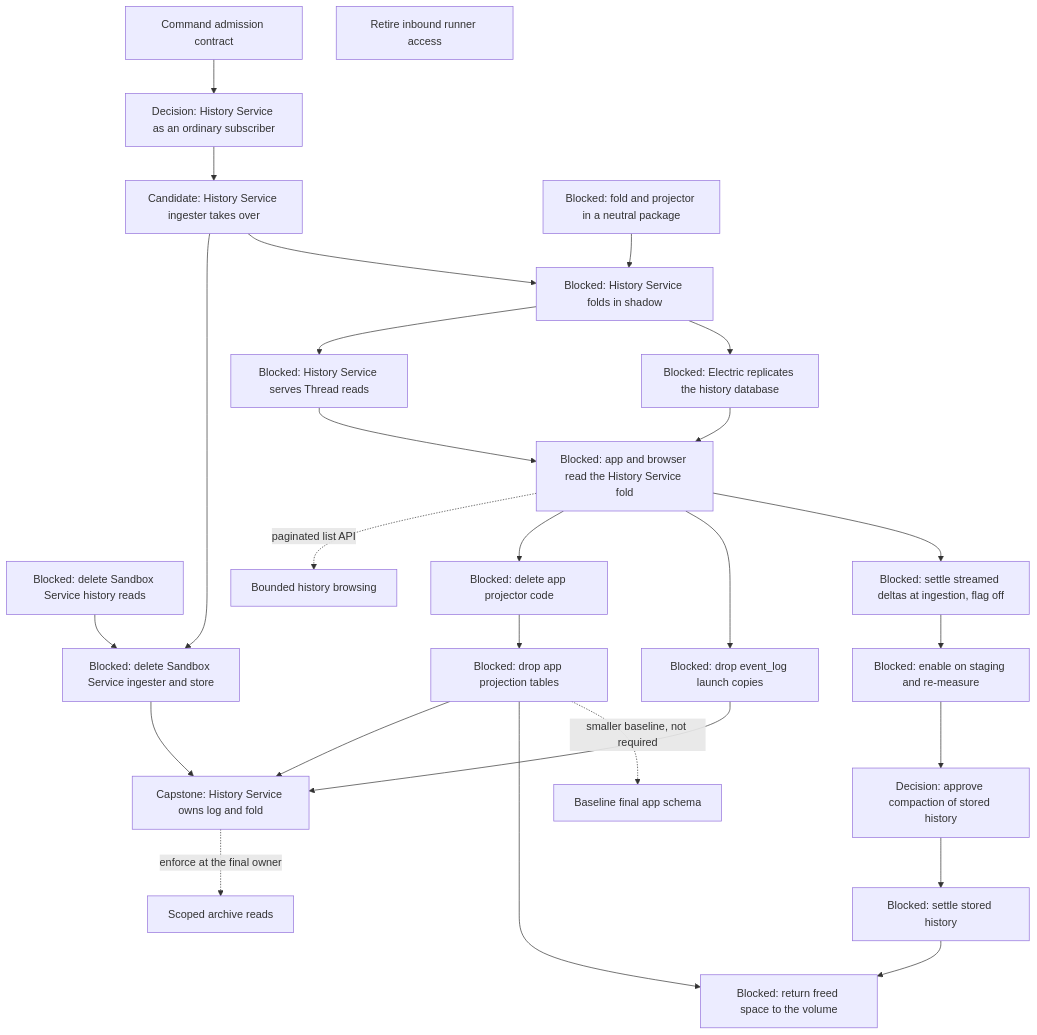
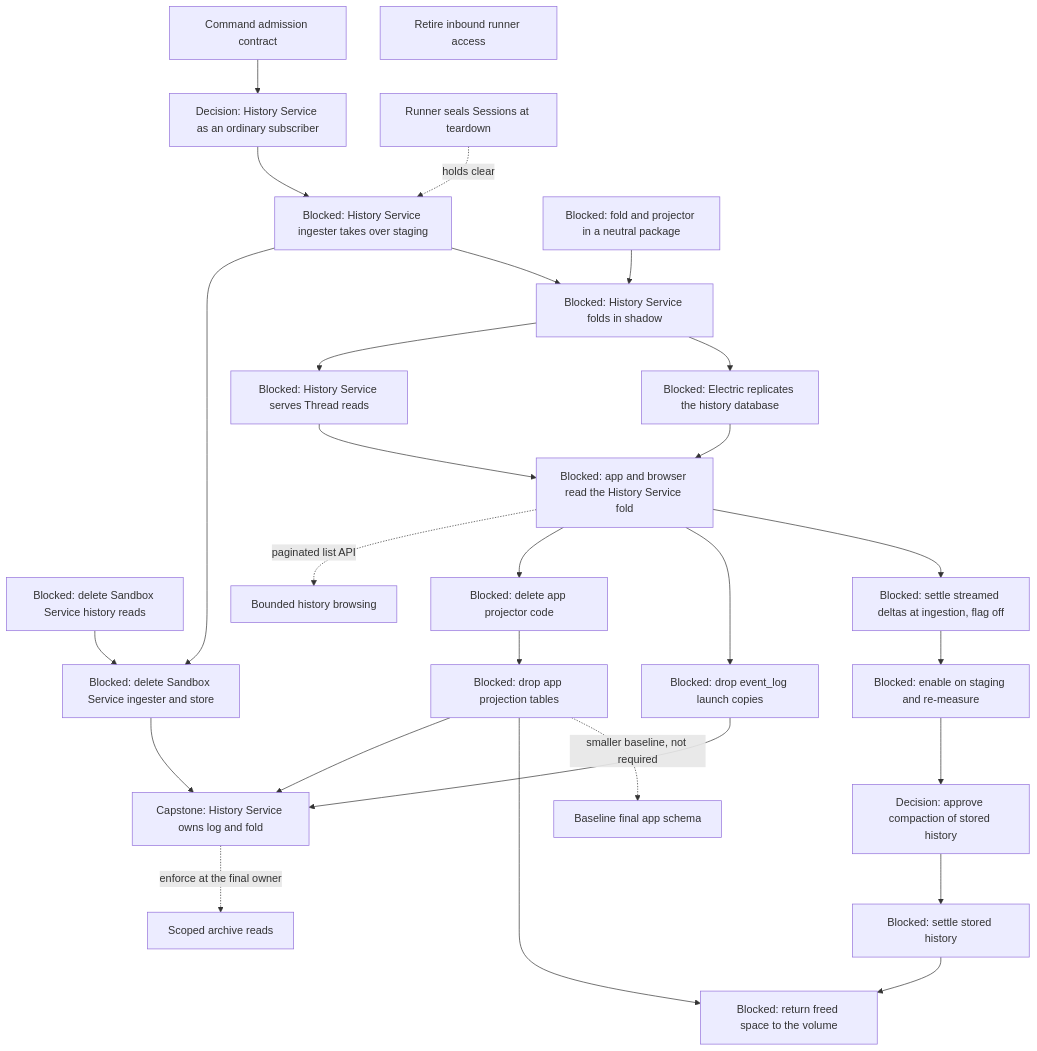
The eighth of 9 diagrams in agentplane/plans/task_dag.md (agentydragon-agent/ducktape), drawn with Mermaid before and after one commit. The commit also changed other lines of this file and 26 other files, not shown here.

First line of the commit message:
agentplane: History Service ingester, writing testing's history (#9762)

````diff
--- a/agentplane/plans/task_dag.md
+++ b/agentplane/plans/task_dag.md
@@ -749,51 +749,52 @@
 ```mermaid
 flowchart TD
     SESSION_FOLLOW_CONTRACT[Decision: History Service as an ordinary subscriber]
     SESSION_COMMAND_CONTRACT[Command admission contract]
     SANDBOX_HISTORY_READS_RETIRE[Blocked: delete Sandbox Service history reads]
-    HISTORY_WRITE_HANDOFF[Candidate: History Service ingester takes over]
+    HISTORY_WRITE_HANDOFF[Blocked: History Service ingester takes over staging]
     SANDBOX_LOCAL_HISTORY_RETIRE[Blocked: delete Sandbox Service ingester and store]
     FOLD_LIBRARY_EXTRACT[Blocked: fold and projector in a neutral package]
     FOLD_SHADOW[Blocked: History Service folds in shadow]
     FOLD_READ_API[Blocked: History Service serves Thread reads]
     ELECTRIC_HISTORY_SOURCE[Blocked: Electric replicates the history database]
     FOLD_READ_CUTOVER[Blocked: app and browser read the History Service fold]
     APP_PROJECTOR_RETIRE[Blocked: delete app projector code]
     APP_PROJECTION_RETIRE[Blocked: drop app projection tables]
     APP_EVENT_LOG_COPIES_RETIRE[Blocked: drop event_log launch copies]
     HISTORY_SERVICE_OWNERSHIP[Capstone: History Service owns log and fold]
     SESSION_EVENT_RETENTION[Blocked: settle streamed deltas at ingestion, flag off]
     SESSION_EVENT_RETENTION_ENABLE[Blocked: enable on staging and re-measure]
     SESSION_EVENT_COMPACTION_PLAN[Decision: approve compaction of stored history]
     SESSION_EVENT_COMPACTION[Blocked: settle stored history]
     HISTORY_REPACK[Blocked: return freed space to the volume]
     APP_ALEMBIC_SQUASH[Baseline final app schema]
     THREAD_BROWSE_PAGINATE[Bounded history browsing]
     THREAD_READ_POLICY[Scoped archive reads]
     RUNNER_INBOUND_RETIRE[Retire inbound runner access]
     SESSION_COMMAND_CONTRACT --> SESSION_FOLLOW_CONTRACT
     SESSION_FOLLOW_CONTRACT --> HISTORY_WRITE_HANDOFF
+    RUNNER_TEARDOWN_SEAL[Runner seals Sessions at teardown] -. holds clear .-> HISTORY_WRITE_HANDOFF
     HISTORY_WRITE_HANDOFF --> SANDBOX_LOCAL_HISTORY_RETIRE
     SANDBOX_HISTORY_READS_RETIRE --> SANDBOX_LOCAL_HISTORY_RETIRE
     FOLD_LIBRARY_EXTRACT --> FOLD_SHADOW
     HISTORY_WRITE_HANDOFF --> FOLD_SHADOW
     FOLD_SHADOW --> FOLD_READ_API
     FOLD_SHADOW --> ELECTRIC_HISTORY_SOURCE
     FOLD_READ_API --> FOLD_READ_CUTOVER
     FOLD_READ_CUTOVER -. paginated list API .-> THREAD_BROWSE_PAGINATE
     ELECTRIC_HISTORY_SOURCE --> FOLD_READ_CUTOVER
     FOLD_READ_CUTOVER --> APP_PROJECTOR_RETIRE
     APP_PROJECTOR_RETIRE --> APP_PROJECTION_RETIRE
     FOLD_READ_CUTOVER --> APP_EVENT_LOG_COPIES_RETIRE
     APP_EVENT_LOG_COPIES_RETIRE --> HISTORY_SERVICE_OWNERSHIP
     APP_PROJECTION_RETIRE --> HISTORY_SERVICE_OWNERSHIP
     SANDBOX_LOCAL_HISTORY_RETIRE --> HISTORY_SERVICE_OWNERSHIP
     FOLD_READ_CUTOVER --> SESSION_EVENT_RETENTION
     SESSION_EVENT_RETENTION --> SESSION_EVENT_RETENTION_ENABLE
     SESSION_EVENT_RETENTION_ENABLE --> SESSION_EVENT_COMPACTION_PLAN
     SESSION_EVENT_COMPACTION_PLAN --> SESSION_EVENT_COMPACTION
     SESSION_EVENT_COMPACTION --> HISTORY_REPACK
     APP_PROJECTION_RETIRE --> HISTORY_REPACK
     APP_PROJECTION_RETIRE -. smaller baseline, not required .-> APP_ALEMBIC_SQUASH
     HISTORY_SERVICE_OWNERSHIP -. enforce at the final owner .-> THREAD_READ_POLICY
 ```
````
